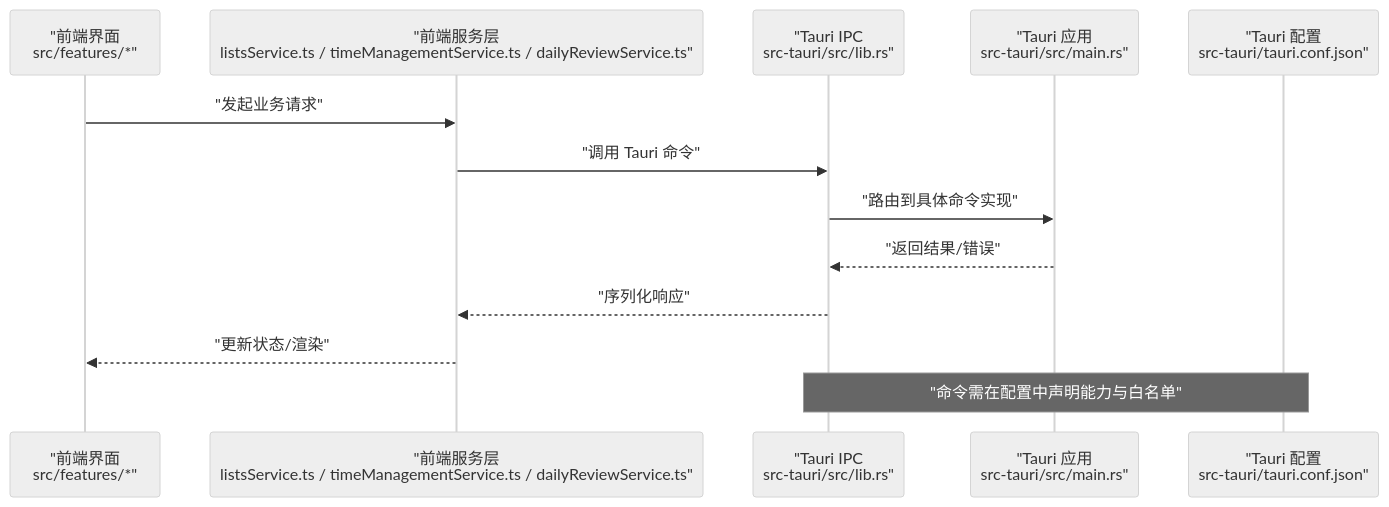
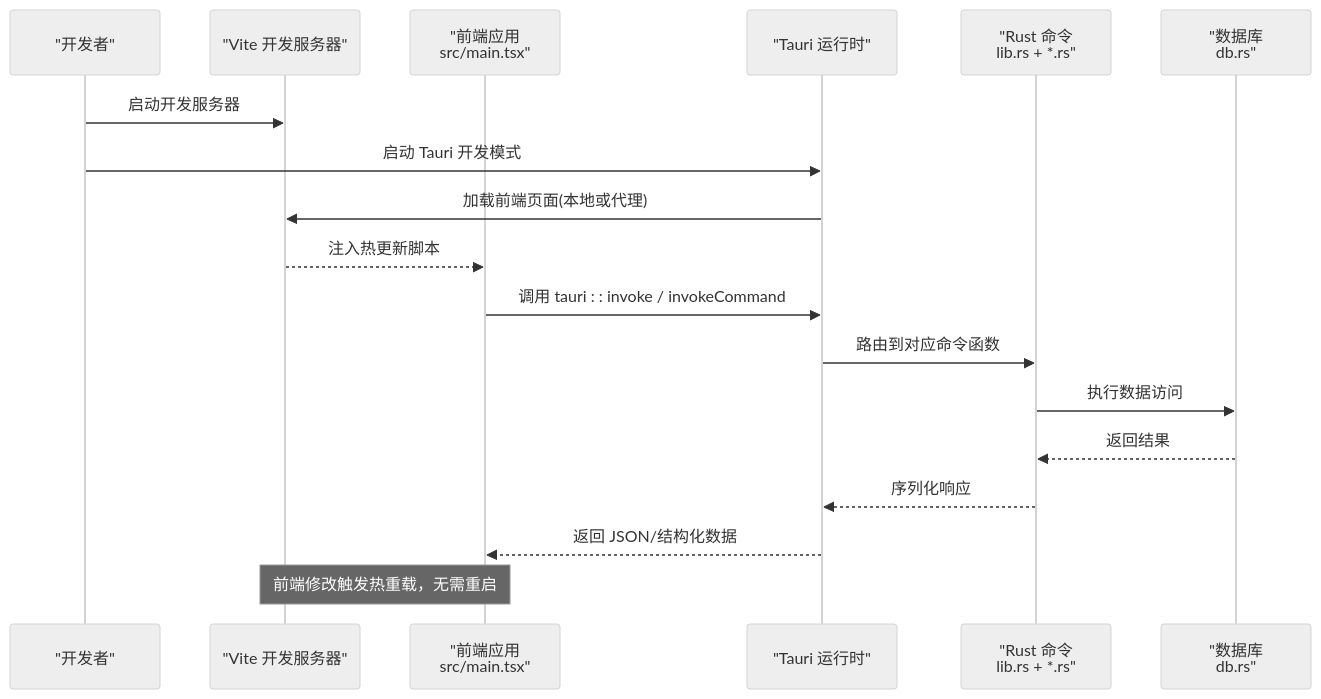
One commit to gzdxhujiale/FishWorker changed the second of 5 diagrams in .qoder/repowiki/zh/content/开发指南/开发流程.md. Above: the diagram before and after it, drawn with Mermaid (neutral theme). The commit also changed other lines of this file and 238 other files, not shown here.

````diff
--- a/.qoder/repowiki/zh/content/开发指南/开发流程.md
+++ b/.qoder/repowiki/zh/content/开发指南/开发流程.md
@@ -116,15 +114,20 @@
 ```mermaid
 sequenceDiagram
-participant UI as "前端界面<br/>src/features/*"
-participant Svc as "前端服务层<br/>listsService.ts / timeManagementService.ts / dailyReviewService.ts"
-participant IPC as "Tauri IPC<br/>src-tauri/src/lib.rs"
-participant App as "Tauri 应用<br/>src-tauri/src/main.rs"
-participant Conf as "Tauri 配置<br/>src-tauri/tauri.conf.json"
-UI->>Svc : "发起业务请求"
-Svc->>IPC : "调用 Tauri 命令"
-IPC->>App : "路由到具体命令实现"
-App-->>IPC : "返回结果/错误"
-IPC-->>Svc : "序列化响应"
-Svc-->>UI : "更新状态/渲染"
-Note over Conf,IPC : "命令需在配置中声明能力与白名单"
+participant Dev as "开发者"
+participant Vite as "Vite 开发服务器"
+participant FE as "前端应用<br/>src/main.tsx"
+participant Tauri as "Tauri 运行时"
+participant Cmd as "Rust 命令<br/>lib.rs + *.rs"
+participant DB as "数据库<br/>db.rs"
+Dev->>Vite : 启动开发服务器
+Dev->>Tauri : 启动 Tauri 开发模式
+Tauri->>Vite : 加载前端页面(本地或代理)
+Vite-->>FE : 注入热更新脚本
+FE->>Tauri : 调用 tauri : : invoke / invokeCommand
+Tauri->>Cmd : 路由到对应命令函数
+Cmd->>DB : 执行数据访问
+DB-->>Cmd : 返回结果
+Cmd-->>Tauri : 序列化响应
+Tauri-->>FE : 返回 JSON/结构化数据
+Note over Vite,FE : 前端修改触发热重载，无需重启
 ```
````
